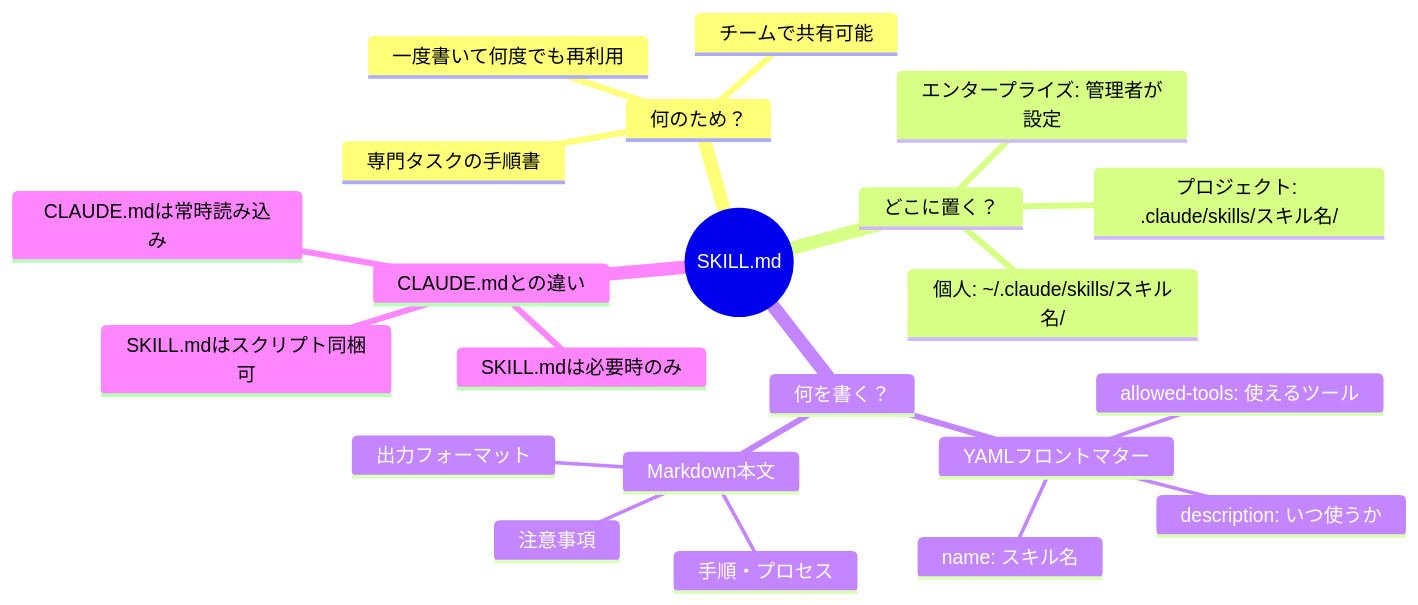
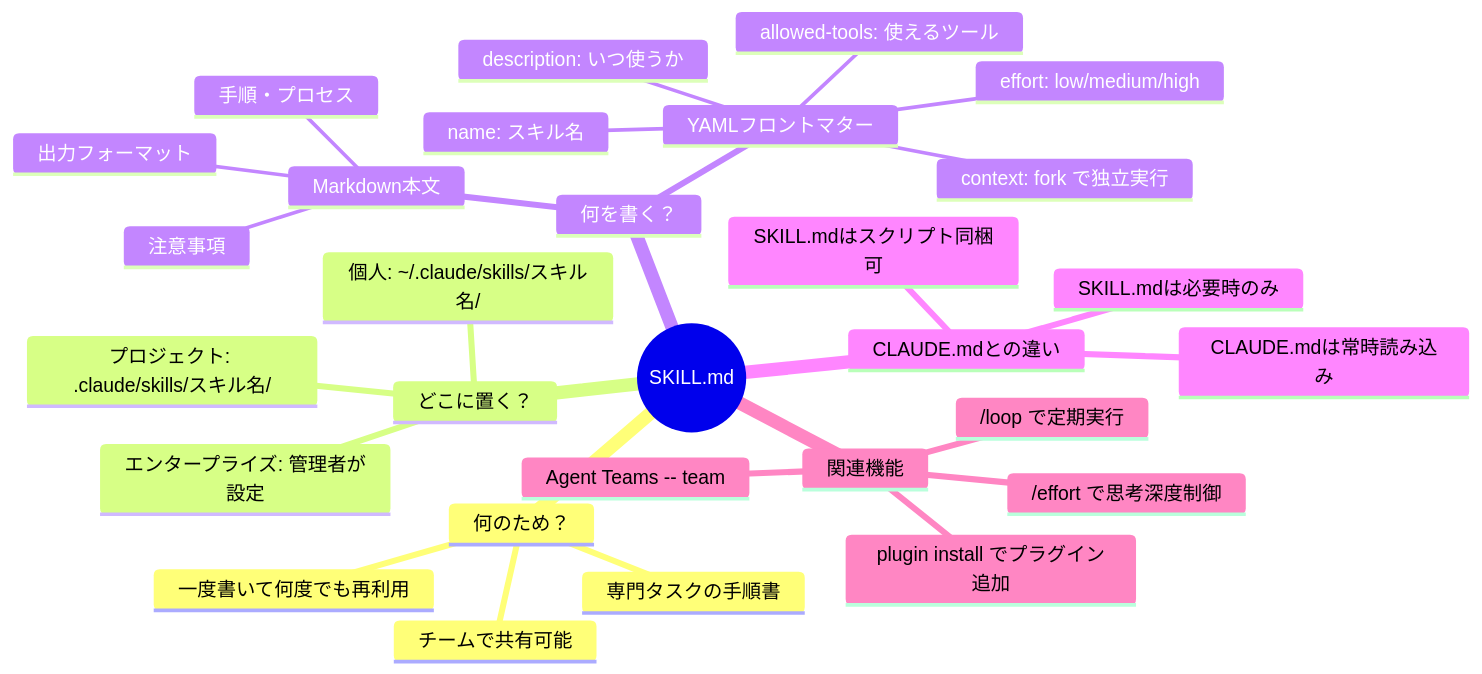
One commit to myoshi2891/Comparison-of-LLMs changed diagram 12 of 12 in claude/skill-guide-for-claude.md. Above: the diagram before and after it, drawn with Mermaid. The commit also changed other lines of this file and 14 other files, not shown here.

````diff
--- a/claude/skill-guide-for-claude.md
+++ b/claude/skill-guide-for-claude.md
@@ -599,25 +684,32 @@
 ```mermaid
 mindmap
   root((SKILL.md))
     何のため？
       専門タスクの手順書
       一度書いて何度でも再利用
       チームで共有可能
     どこに置く？
       個人: ~/.claude/skills/スキル名/
       プロジェクト: .claude/skills/スキル名/
       エンタープライズ: 管理者が設定
     何を書く？
       YAMLフロントマター
         name: スキル名
         description: いつ使うか
         allowed-tools: 使えるツール
+        context: fork で独立実行
+        effort: low/medium/high
       Markdown本文
         手順・プロセス
         出力フォーマット
         注意事項
     CLAUDE.mdとの違い
       CLAUDE.mdは常時読み込み
       SKILL.mdは必要時のみ
       SKILL.mdはスクリプト同梱可
+    関連機能
+      Agent Teams -- team
+      plugin install でプラグイン追加
+      /loop で定期実行
+      /effort で思考深度制御
 ```
````
